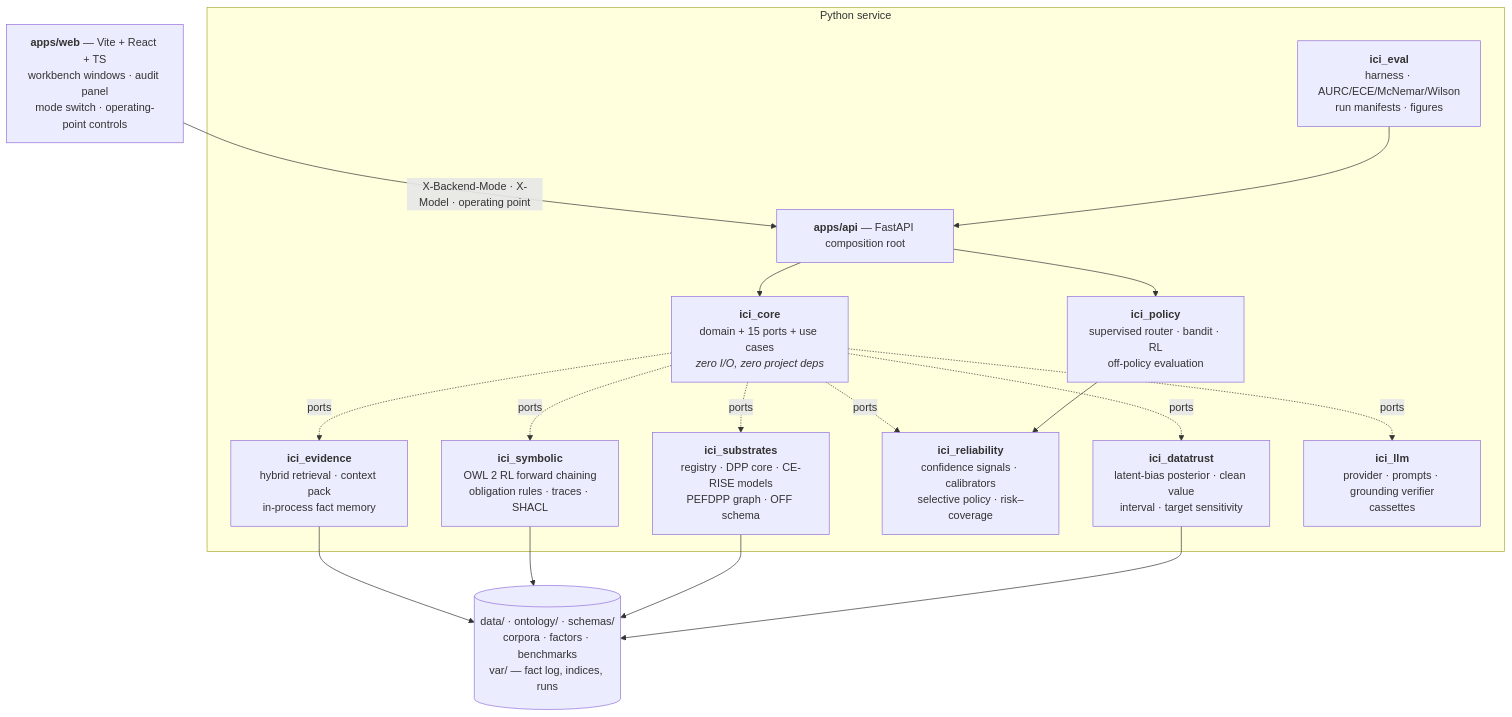
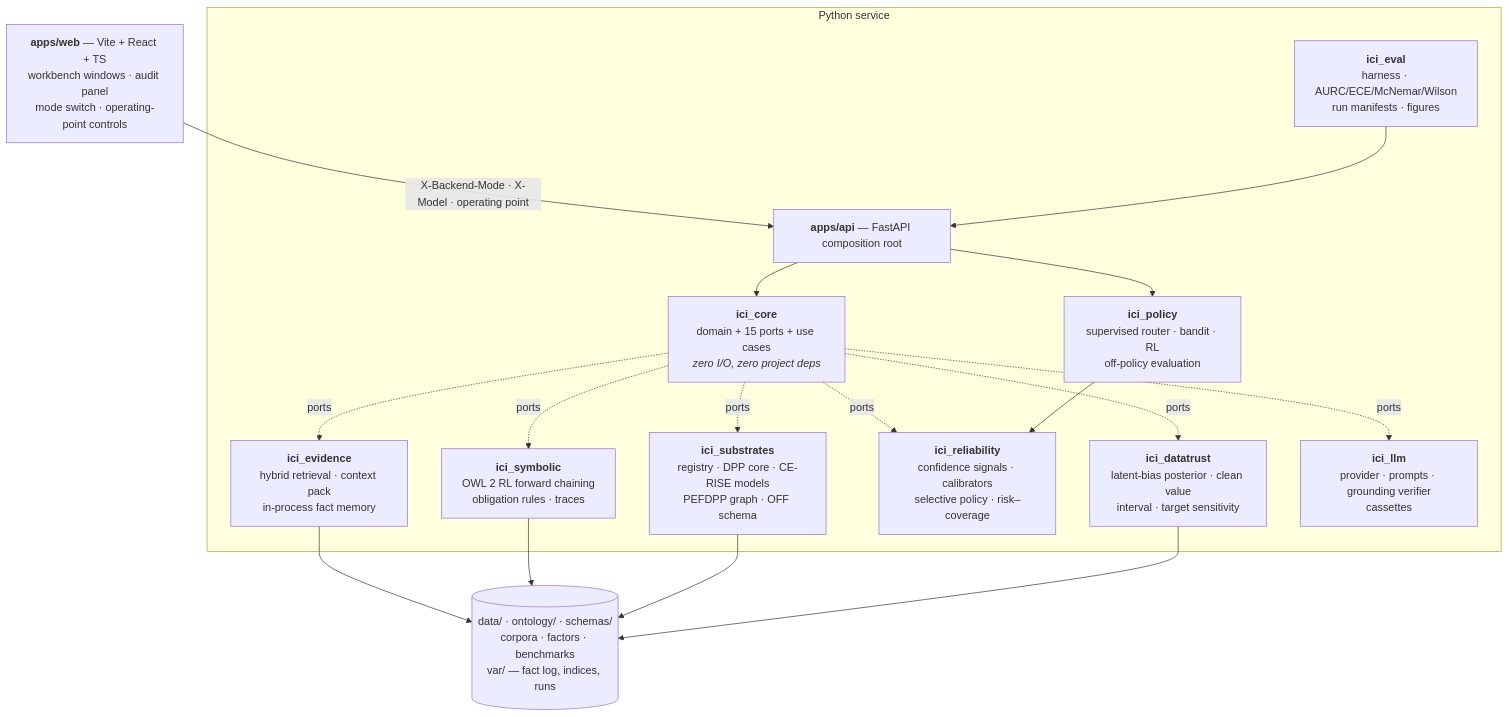
Before and after one commit to CE-RISE-software/intelligent-circular-insights: the third of 9 diagrams in docs/ARCHITECTURE.md, drawn with Mermaid. The commit also changed other lines of this file and 5 other files, not shown here.

````diff
--- a/docs/ARCHITECTURE.md
+++ b/docs/ARCHITECTURE.md
@@ -118,27 +118,27 @@
 ```mermaid
 graph TB
     WEB["<b>apps/web</b> — Vite + React + TS<br/>workbench windows · audit panel<br/>mode switch · operating-point controls"]
 
     subgraph "Python service"
         API["<b>apps/api</b> — FastAPI composition root"]
         CORE["<b>ici_core</b><br/>domain + 15 ports + use cases<br/><i>zero I/O, zero project deps</i>"]
         EVID["<b>ici_evidence</b><br/>hybrid retrieval · context pack<br/>in-process fact memory"]
-        SYM["<b>ici_symbolic</b><br/>OWL 2 RL forward chaining<br/>obligation rules · traces · SHACL"]
+        SYM["<b>ici_symbolic</b><br/>OWL 2 RL forward chaining<br/>obligation rules · traces"]
         SUB["<b>ici_substrates</b><br/>registry · DPP core · CE-RISE models<br/>PEFDPP graph · OFF schema"]
         REL["<b>ici_reliability</b><br/>confidence signals · calibrators<br/>selective policy · risk–coverage"]
         TRUST["<b>ici_datatrust</b><br/>latent-bias posterior · clean value<br/>interval · target sensitivity"]
         LLM["<b>ici_llm</b><br/>provider · prompts · grounding verifier<br/>cassettes"]
         POL["<b>ici_policy</b><br/>supervised router · bandit · RL<br/>off-policy evaluation"]
         EVAL["<b>ici_eval</b><br/>harness · AURC/ECE/McNemar/Wilson<br/>run manifests · figures"]
     end
 
     DATA[("data/ · ontology/ · schemas/<br/>corpora · factors · benchmarks<br/>var/ — fact log, indices, runs")]
 
     WEB -->|"X-Backend-Mode · X-Model · operating point"| API
     API --> CORE
     CORE -.->|ports| EVID & SYM & SUB & REL & TRUST & LLM
     API --> POL
     POL --> REL
     EVAL --> API
     EVID & SYM & SUB & TRUST --> DATA
 ```
````
